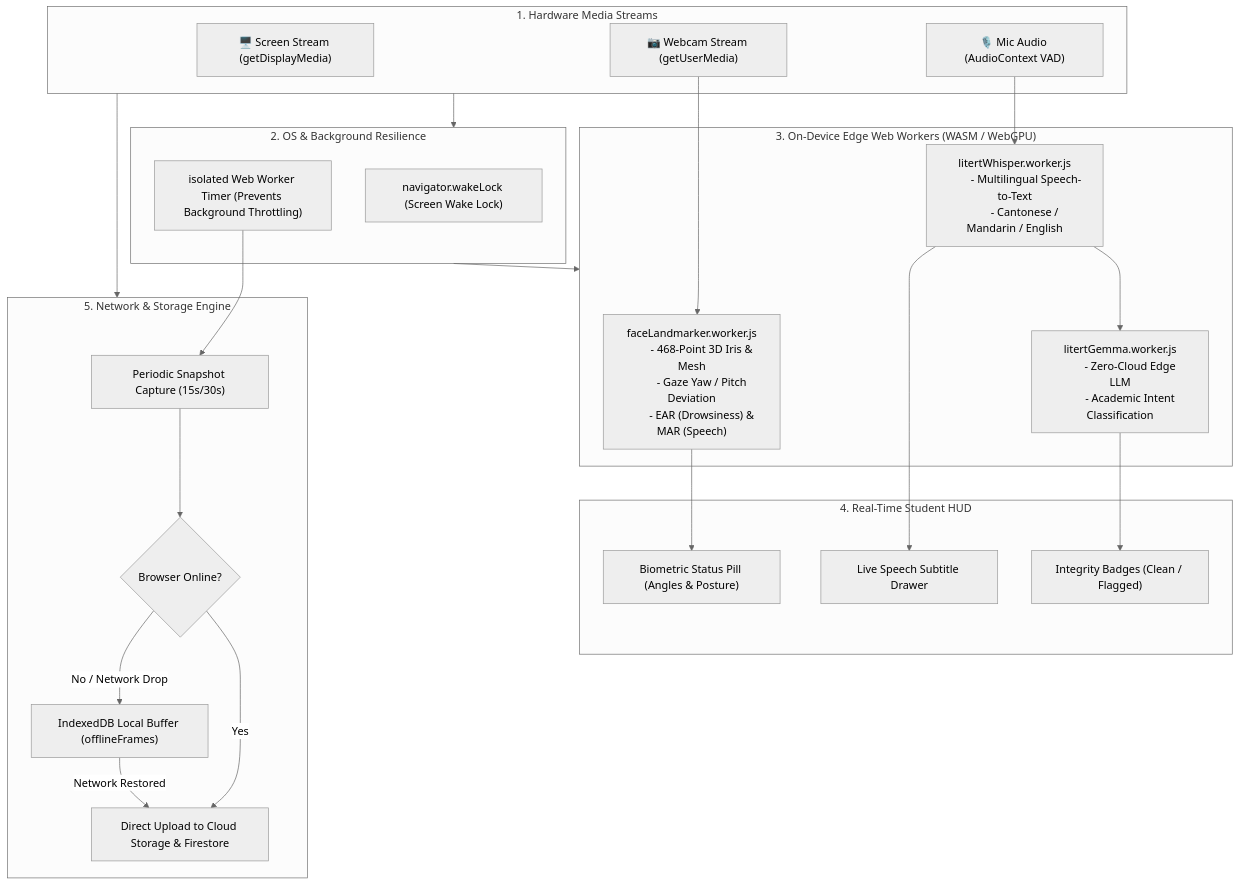
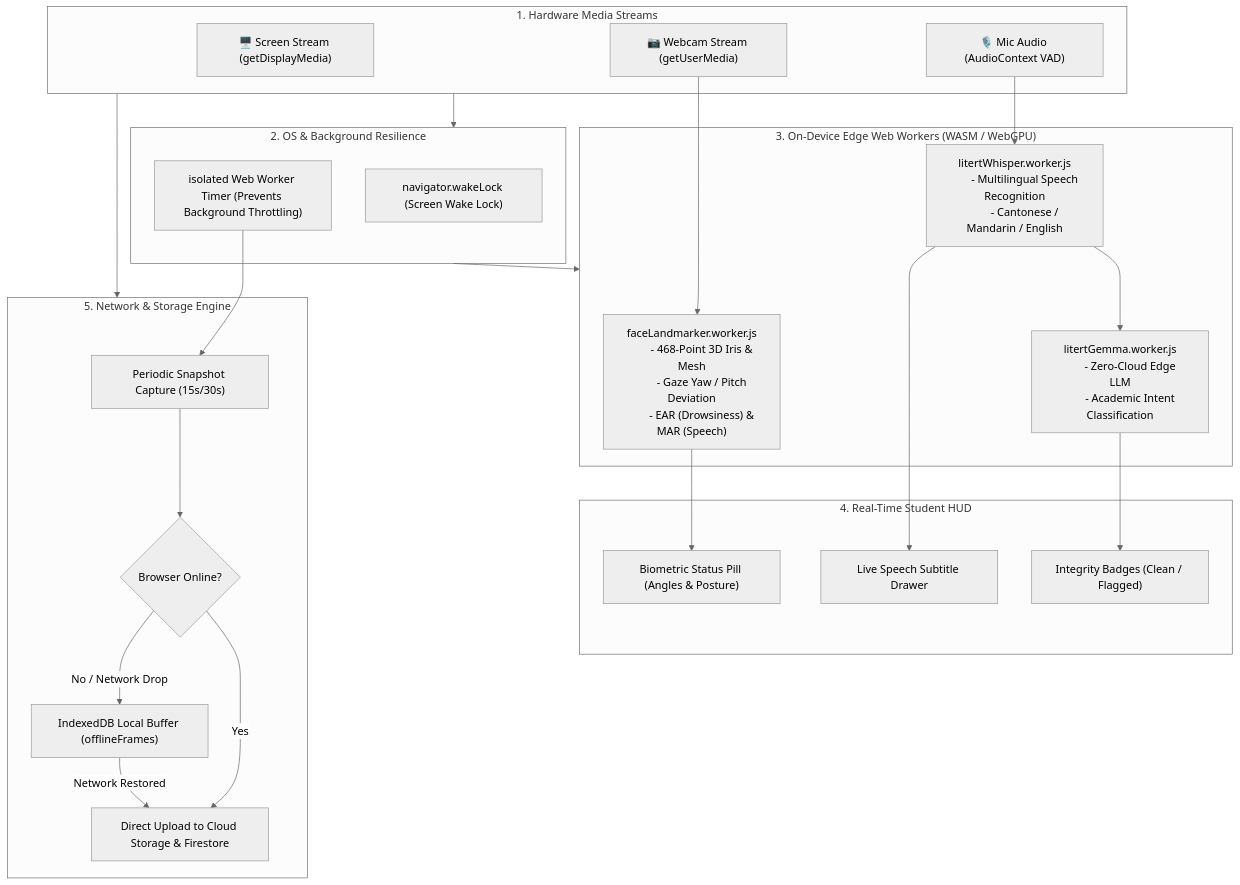
One commit to wongcyrus/Google-AI-Classroom changed the second of 3 diagrams in docs/user-manual-student.md. Above: the diagram before and after it, drawn with Mermaid (neutral theme). The commit also changed 44 other files, not shown here.

````diff
--- a/docs/user-manual-student.md
+++ b/docs/user-manual-student.md
@@ -191,44 +191,44 @@
 ```mermaid
 flowchart TD
     subgraph MediaInputs ["1. Hardware Media Streams"]
         M1["🖥️ Screen Stream (getDisplayMedia)"]
         M2["📷 Webcam Stream (getUserMedia)"]
         M3["🎙️ Mic Audio (AudioContext VAD)"]
     end
 
     subgraph Resilience ["2. OS & Background Resilience"]
         WAKE["navigator.wakeLock (Screen Wake Lock)"]
         TICK["isolated Web Worker Timer (Prevents Background Throttling)"]
     end
 
     subgraph EdgeAI ["3. On-Device Edge Web Workers (WASM / WebGPU)"]
         M2 --> W1["faceLandmarker.worker.js
         - 468-Point 3D Iris & Mesh
         - Gaze Yaw / Pitch Deviation
         - EAR (Drowsiness) & MAR (Speech)"]
         M3 --> W2["litertWhisper.worker.js
-        - Multilingual Speech-to-Text
+        - Multilingual Speech Recognition
         - Cantonese / Mandarin / English"]
         W2 --> W3["litertGemma.worker.js
         - Zero-Cloud Edge LLM
         - Academic Intent Classification"]
     end
 
     subgraph ClientHUD ["4. Real-Time Student HUD"]
         W1 --> HUD1["Biometric Status Pill (Angles & Posture)"]
         W2 --> HUD2["Live Speech Subtitle Drawer"]
         W3 --> HUD3["Integrity Badges (Clean / Flagged)"]
     end
 
     subgraph SyncEngine ["5. Network & Storage Engine"]
         TICK --> GRAB["Periodic Snapshot Capture (15s/30s)"]
         GRAB --> NET{"Browser Online?"}
         NET -->|Yes| CLOUD["Direct Upload to Cloud Storage & Firestore"]
         NET -->|No / Network Drop| IDB["IndexedDB Local Buffer (offlineFrames)"]
         IDB -->|Network Restored| CLOUD
     end
 
     MediaInputs --> Resilience
     Resilience --> EdgeAI
     MediaInputs --> SyncEngine
 ```
````
